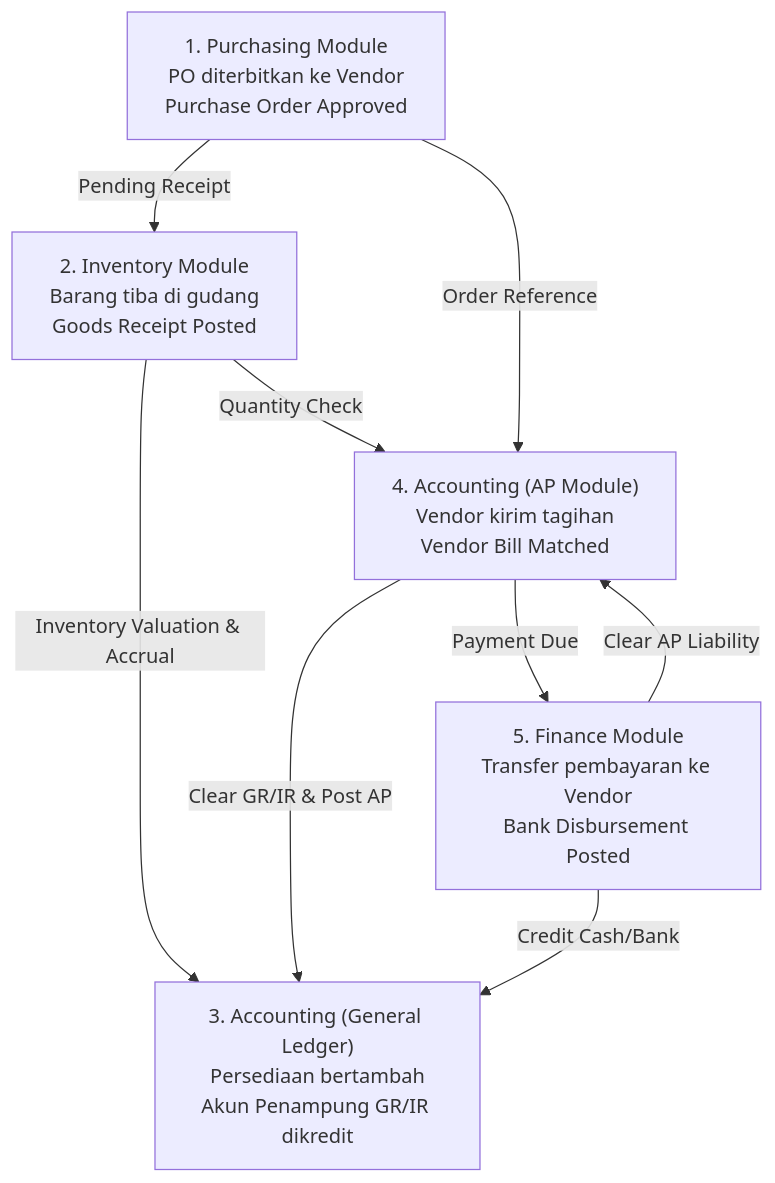
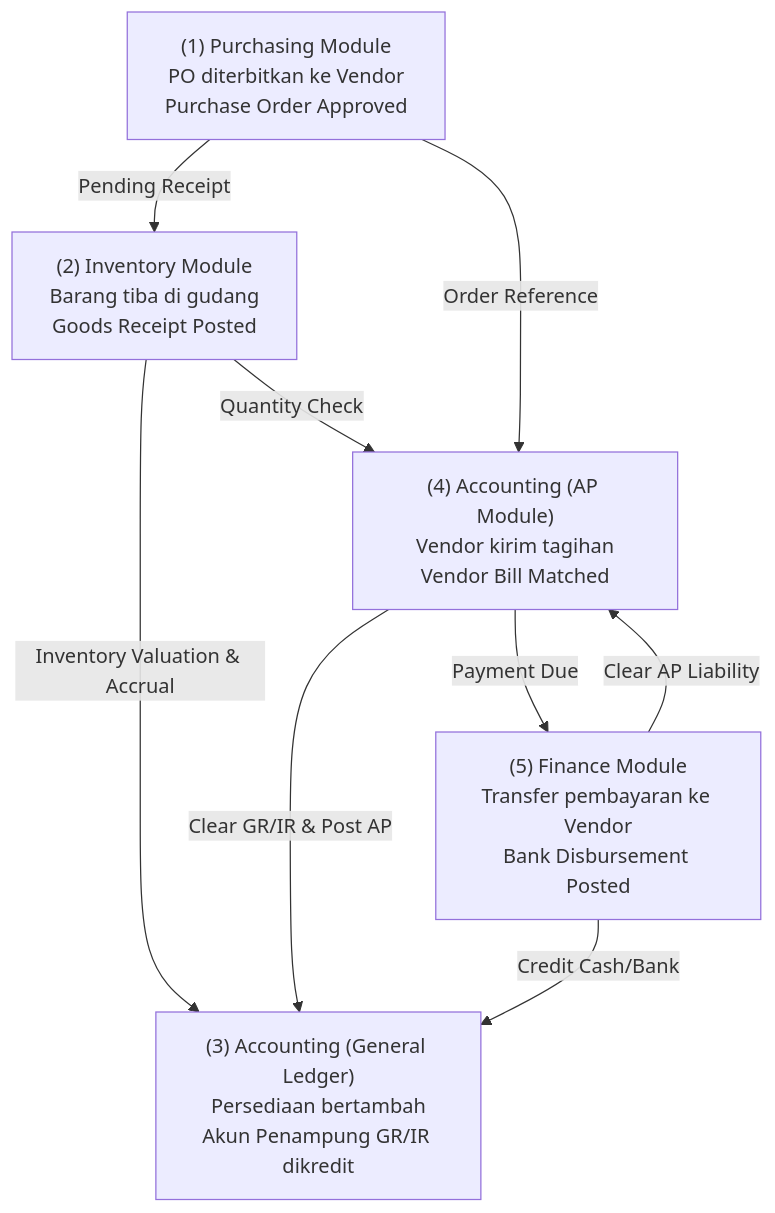
The second of 2 diagrams in content/00-fundamentals/cross-module-integration.md (alimurrofid/erp-notes), drawn with Mermaid before and after one commit. The commit also changed other lines of this file and 132 other files, not shown here.

````diff
--- a/content/00-fundamentals/cross-module-integration.md
+++ b/content/00-fundamentals/cross-module-integration.md
@@ -58,12 +58,12 @@
 ```mermaid
 flowchart TD
-    P1["1. Purchasing Module<br/>PO diterbitkan ke Vendor<br/>Purchase Order Approved"]
-    -->|Pending Receipt| P2["2. Inventory Module<br/>Barang tiba di gudang<br/>Goods Receipt Posted"]
-    P2 -->|Inventory Valuation & Accrual| P3["3. Accounting (General Ledger)<br/>Persediaan bertambah<br/>Akun Penampung GR/IR dikredit"]
-    P1 -->|Order Reference| P4["4. Accounting (AP Module)<br/>Vendor kirim tagihan<br/>Vendor Bill Matched"]
+    P1["(1) Purchasing Module<br/>PO diterbitkan ke Vendor<br/>Purchase Order Approved"]
+    -->|Pending Receipt| P2["(2) Inventory Module<br/>Barang tiba di gudang<br/>Goods Receipt Posted"]
+    P2 -->|Inventory Valuation & Accrual| P3["(3) Accounting (General Ledger)<br/>Persediaan bertambah<br/>Akun Penampung GR/IR dikredit"]
+    P1 -->|Order Reference| P4["(4) Accounting (AP Module)<br/>Vendor kirim tagihan<br/>Vendor Bill Matched"]
     P2 -->|Quantity Check| P4
     P4 -->|Clear GR/IR & Post AP| P3
-    P4 -->|Payment Due| P5["5. Finance Module<br/>Transfer pembayaran ke Vendor<br/>Bank Disbursement Posted"]
+    P4 -->|Payment Due| P5["(5) Finance Module<br/>Transfer pembayaran ke Vendor<br/>Bank Disbursement Posted"]
     P5 -->|Clear AP Liability| P4
     P5 -->|Credit Cash/Bank| P3
 ```
````
